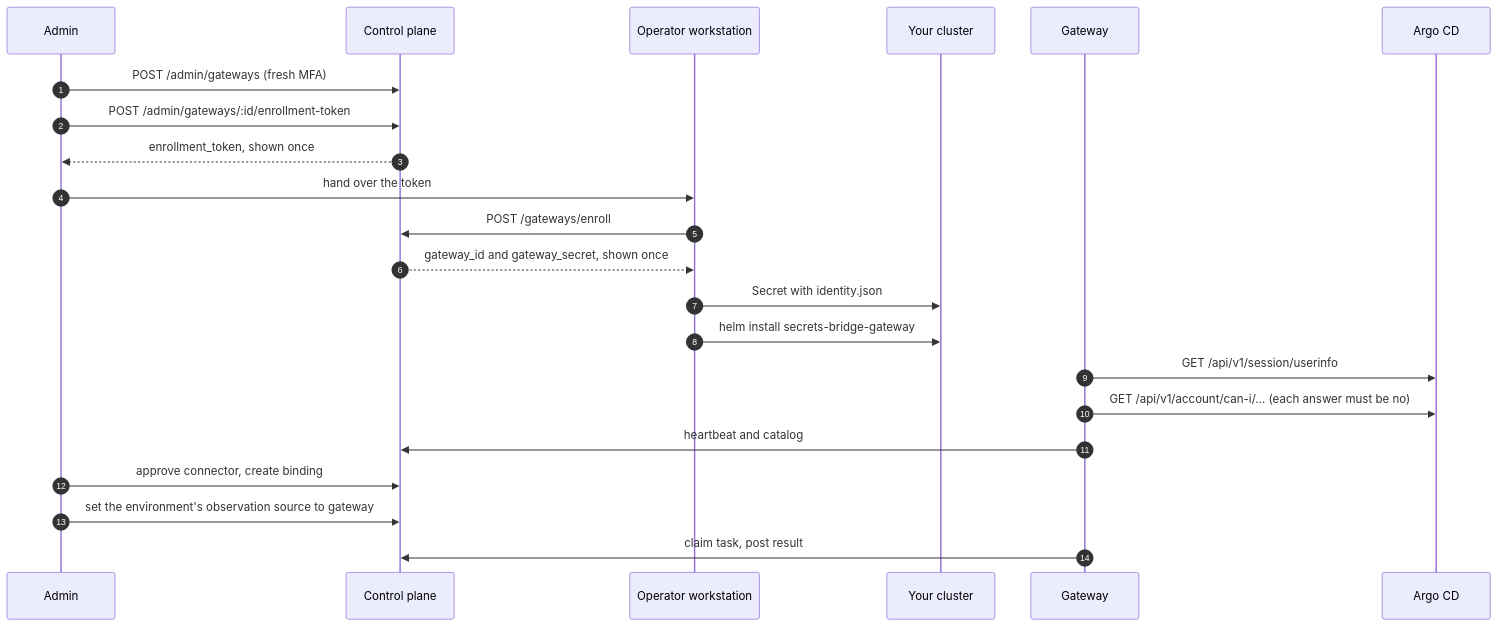
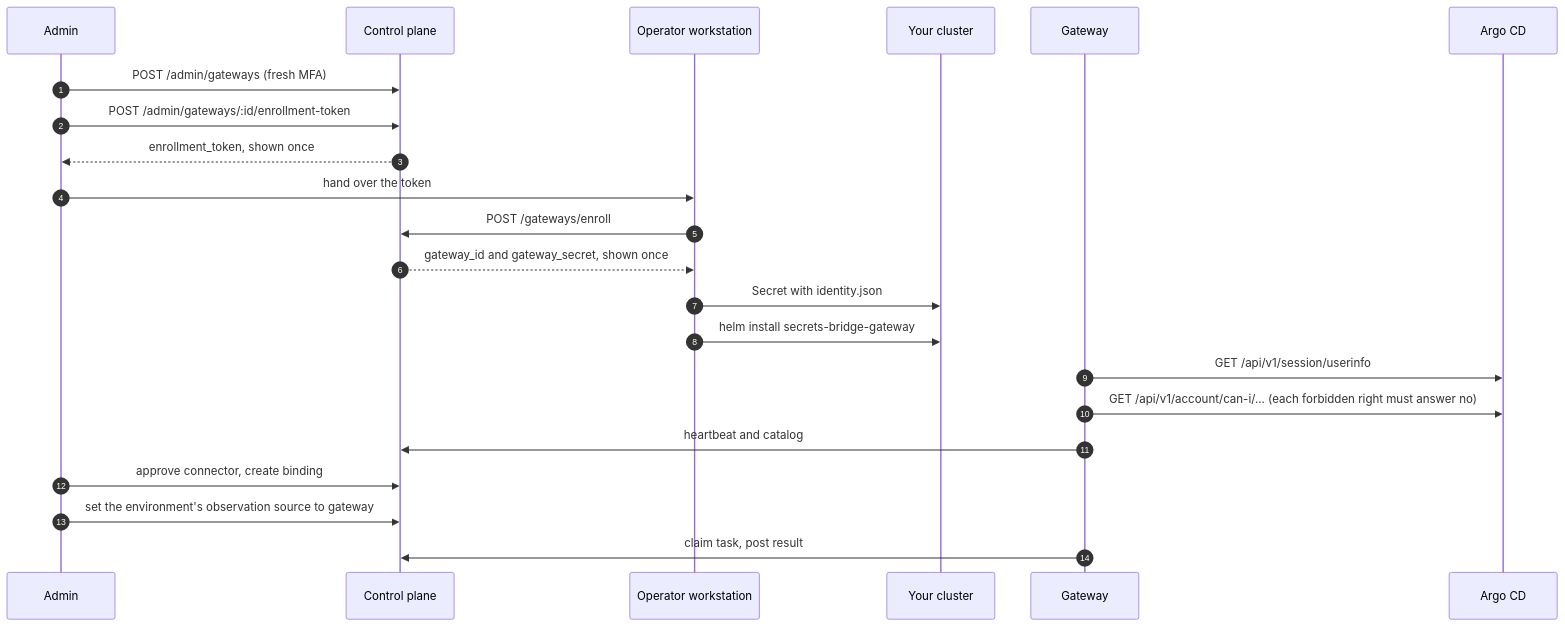
One commit to secrets-bridge/docs changed the diagram in docs/operations/gateway.md. Above: the diagram before and after it, drawn with Mermaid. The commit also changed other lines of this file and 7 other files, not shown here.

````diff
--- a/docs/operations/gateway.md
+++ b/docs/operations/gateway.md
@@ -26,24 +26,24 @@
 ```mermaid
 sequenceDiagram
     autonumber
     participant Admin
     participant CP as Control plane
     participant Op as Operator workstation
     participant K8s as Your cluster
     participant GW as Gateway
     participant Argo as Argo CD
     Admin->>CP: POST /admin/gateways (fresh MFA)
     Admin->>CP: POST /admin/gateways/:id/enrollment-token
     CP-->>Admin: enrollment_token, shown once
     Admin->>Op: hand over the token
     Op->>CP: POST /gateways/enroll
     CP-->>Op: gateway_id and gateway_secret, shown once
     Op->>K8s: Secret with identity.json
     Op->>K8s: helm install secrets-bridge-gateway
     GW->>Argo: GET /api/v1/session/userinfo
-    GW->>Argo: GET /api/v1/account/can-i/... (each answer must be no)
+    GW->>Argo: GET /api/v1/account/can-i/... (each forbidden right must answer no)
     GW->>CP: heartbeat and catalog
     Admin->>CP: approve connector, create binding
     Admin->>CP: set the environment's observation source to gateway
     GW->>CP: claim task, post result
 ```
````
